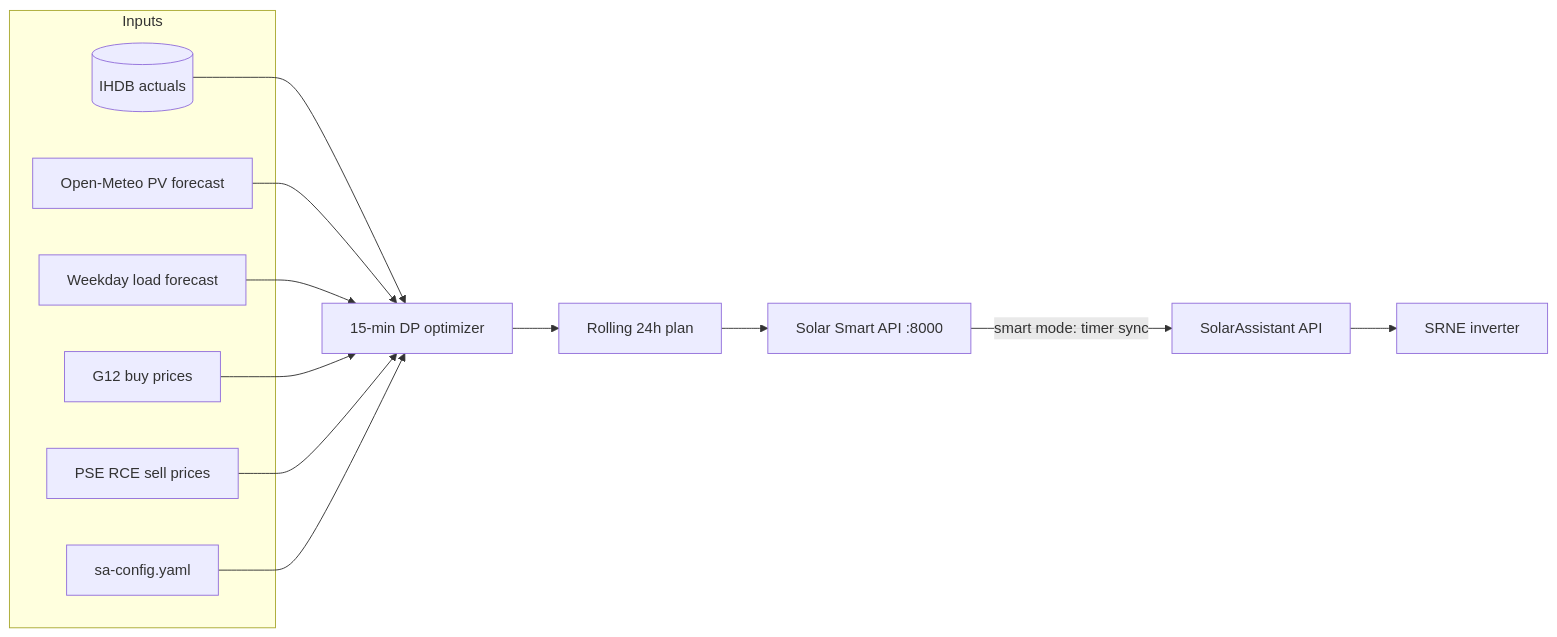
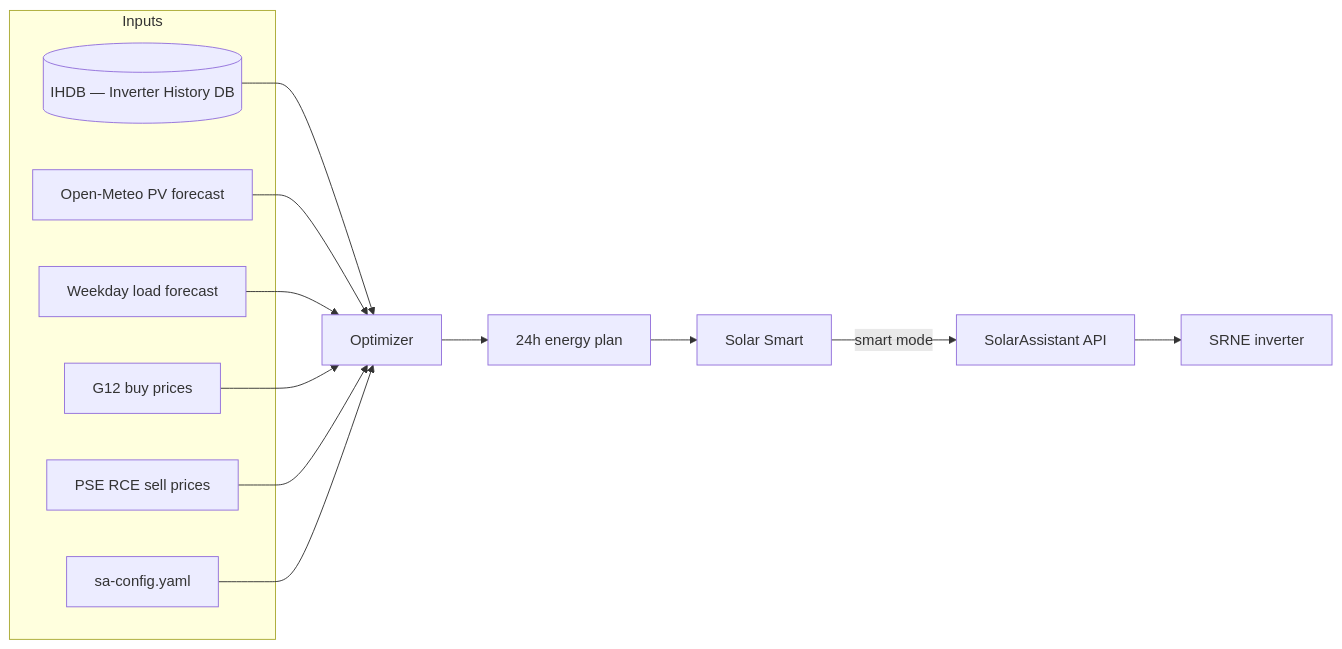
Before and after one commit to shaman1307/solar-assistant: the diagram in README.md, drawn with Mermaid. The commit also changed other lines of this file and 26 other files, not shown here.

First line of the commit message:
Persist EA plan in SQLite with quarter refresh and SA sync fixes.

````diff
--- a/README.md
+++ b/README.md
@@ -17,27 +17,27 @@
 ```mermaid
 flowchart LR
   subgraph inputs [Inputs]
-    IHDB[(IHDB actuals)]
+    IHDB[(IHDB — Inverter History DB)]
     PV[Open-Meteo PV forecast]
     LOAD[Weekday load forecast]
     G12[G12 buy prices]
     RCE[PSE RCE sell prices]
     CFG[sa-config.yaml]
   end
-  OPT[15-min DP optimizer]
-  PLAN[Rolling 24h plan]
-  API[Solar Smart API :8000]
+  OPT[Optimizer]
+  PLAN[24h energy plan]
+  API[Solar Smart]
   SA[SolarAssistant API]
   INV[SRNE inverter]
 
   IHDB --> OPT
   PV --> OPT
   LOAD --> OPT
   G12 --> OPT
   RCE --> OPT
   CFG --> OPT
   OPT --> PLAN
   PLAN --> API
-  API -->|smart mode: timer sync| SA
+  API -->|smart mode| SA
   SA --> INV
 ```
````
